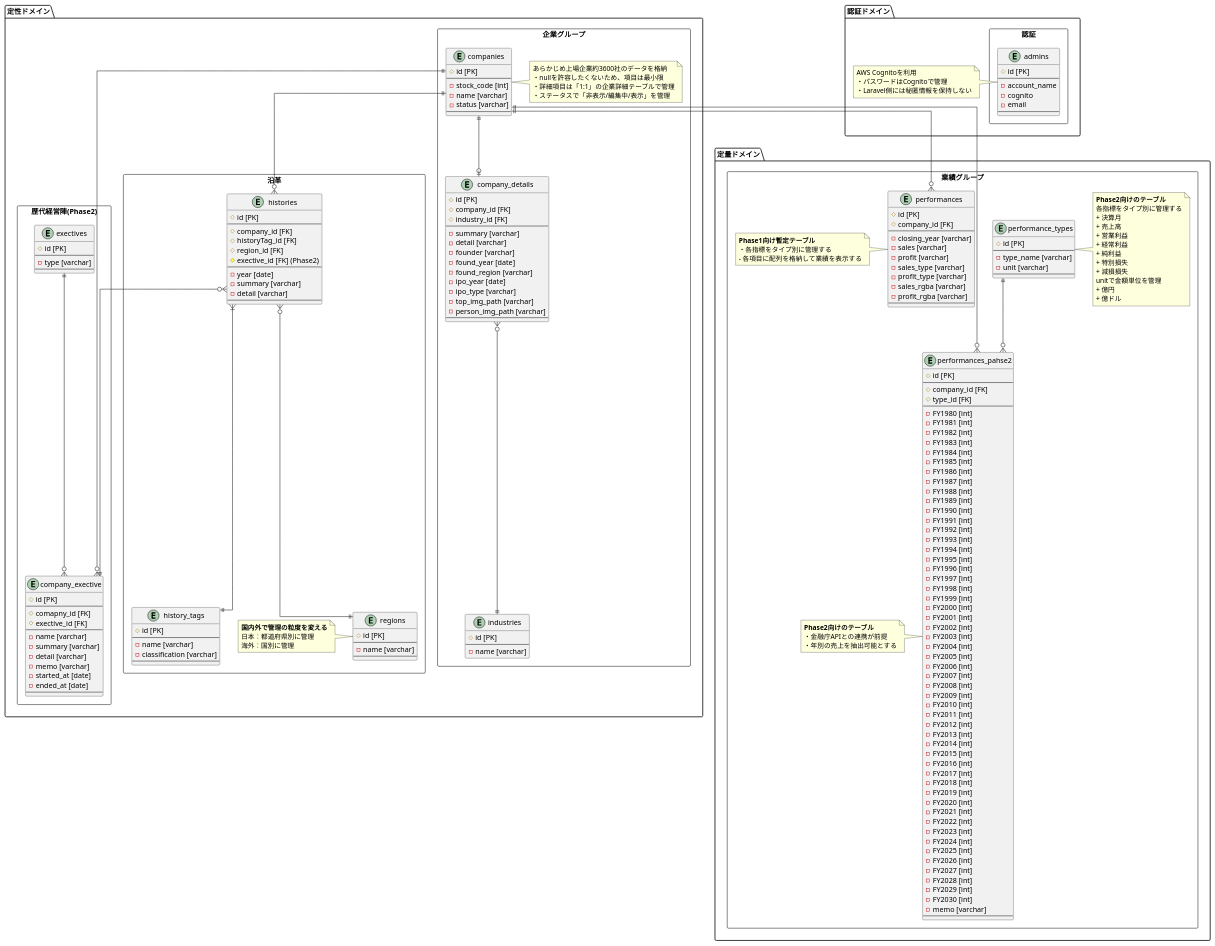
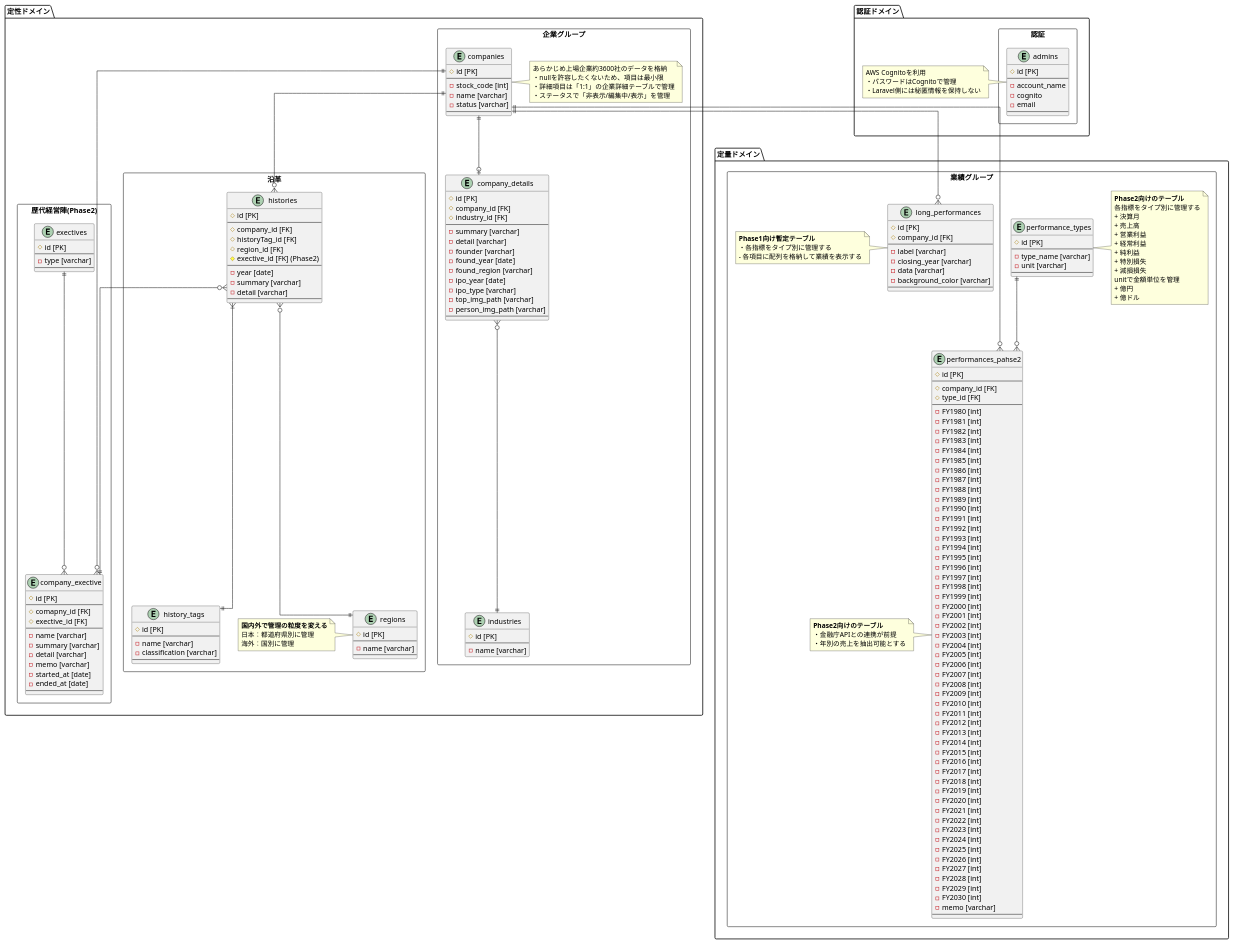
Before and after one commit to yutakasugiura/shashi-api: the diagram in app/Domain/ER/PhysicalModel.pu, drawn with PlantUML. The commit also changed 19 other files, not shown here.

```diff
--- a/app/Domain/ER/PhysicalModel.pu
+++ b/app/Domain/ER/PhysicalModel.pu
@@ -195,17 +195,14 @@
         + 億ドル
         end note
 
-        entity "performances" {
+        entity "long_performances" {
         # id [PK]
         # company_id [FK]
         --
+        - label [varchar]
         - closing_year [varchar]
-        - sales [varchar]
-        - profit [varchar]
-        - sales_type [varchar]
-        - profit_type [varchar]
-        - sales_rgba [varchar]
-        - profit_rgba [varchar]
+        - data [varchar]
+        - background_color [varchar]
         --
         }
         note left
@@ -237,7 +234,7 @@
 ' リレーションの定義
 companies ||--o| company_details
 companies ||--o{ performances_pahse2
-companies ||--o{ performances
+companies ||--o{ long_performances
 companies ||--o{ histories
 companies ||--o{ company_exective
 histories }o--|| company_exective
```
